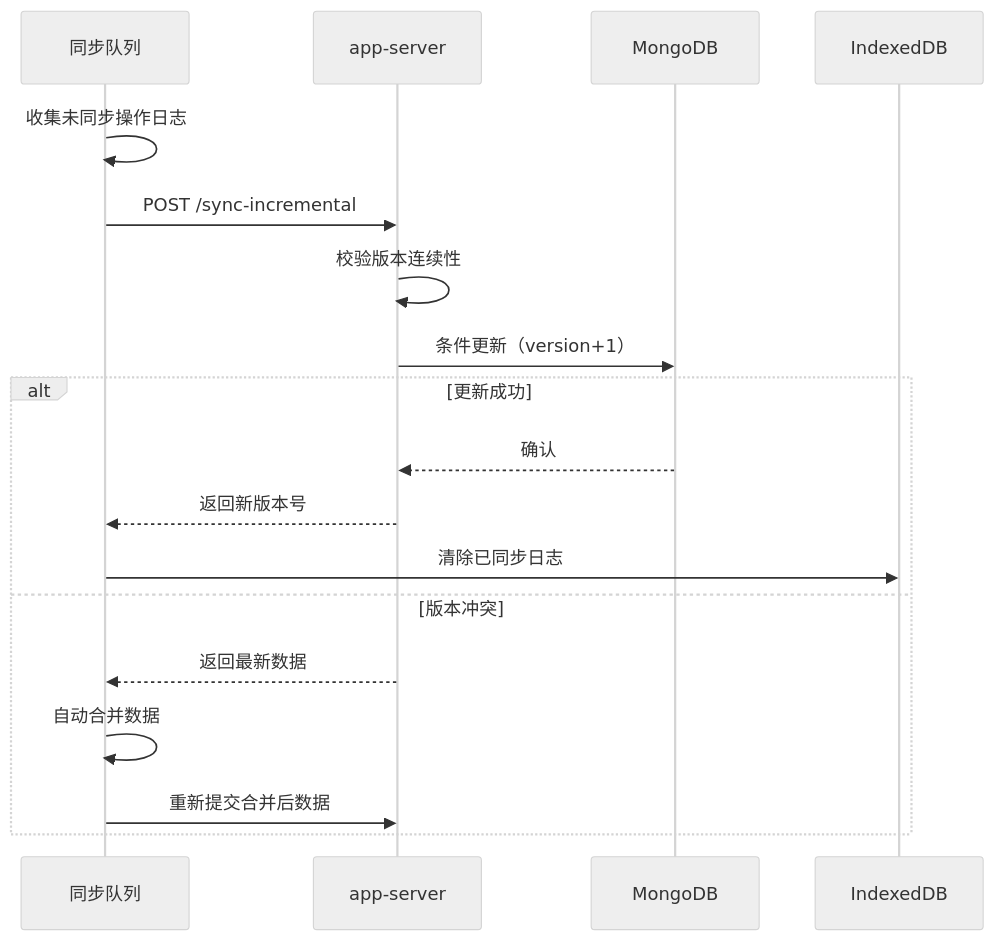
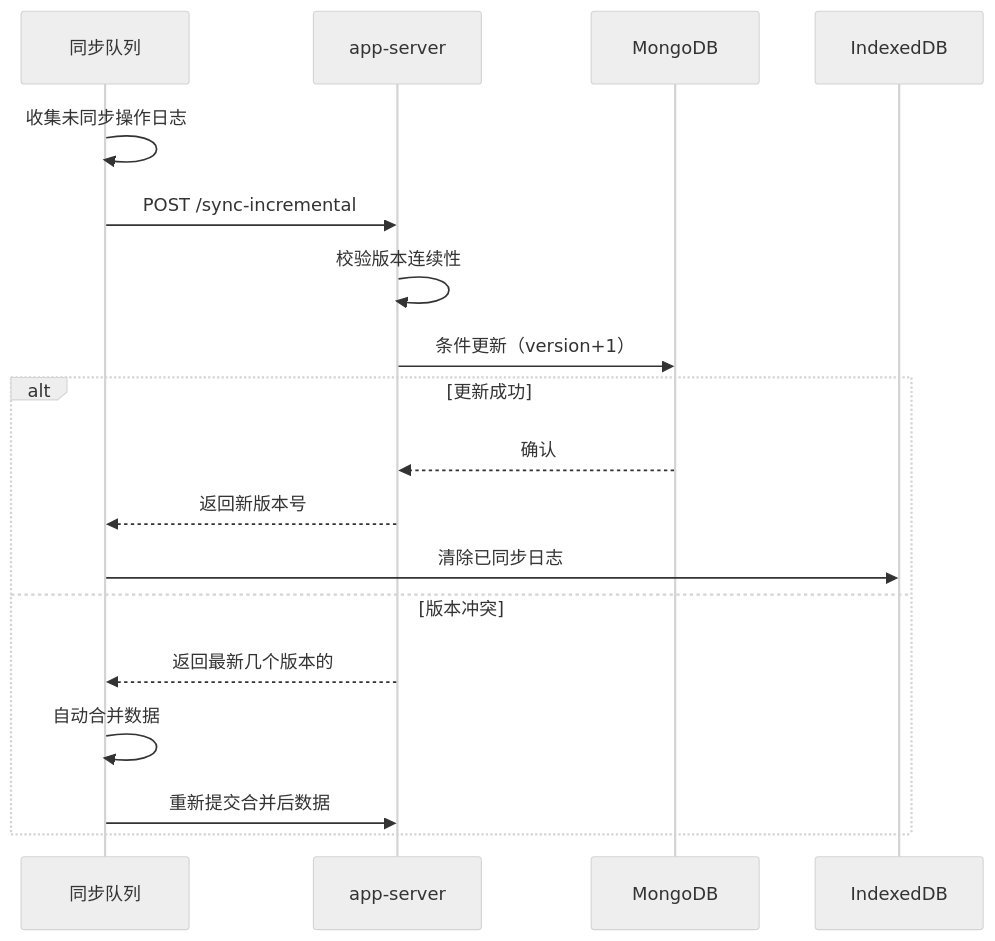
The diagram in all/未命名-24.md (yingjianzh/iodraw-files), drawn with Mermaid (neutral theme) before and after one commit.

Commit message:
2025-02-24 10:49:23 update

````diff
--- a/all/未命名-24.md
+++ b/all/未命名-24.md
@@ -1,23 +1,23 @@
 ```mermaid
 
 sequenceDiagram
     participant 同步队列
     participant app-server
     participant MongoDB
 
 
     同步队列->>同步队列: 收集未同步操作日志
     同步队列->>app-server: POST /sync-incremental
     app-server->>app-server: 校验版本连续性
     app-server->>MongoDB: 条件更新（version+1）
     alt 更新成功
         MongoDB-->>app-server: 确认
         app-server-->>同步队列: 返回新版本号
         同步队列->>IndexedDB: 清除已同步日志
     else 版本冲突
-        app-server-->>同步队列: 返回最新数据
+        app-server-->>同步队列: 返回最新几个版本的
         同步队列->>同步队列: 自动合并数据
         同步队列->>app-server: 重新提交合并后数据
     end
 
 ```
````
